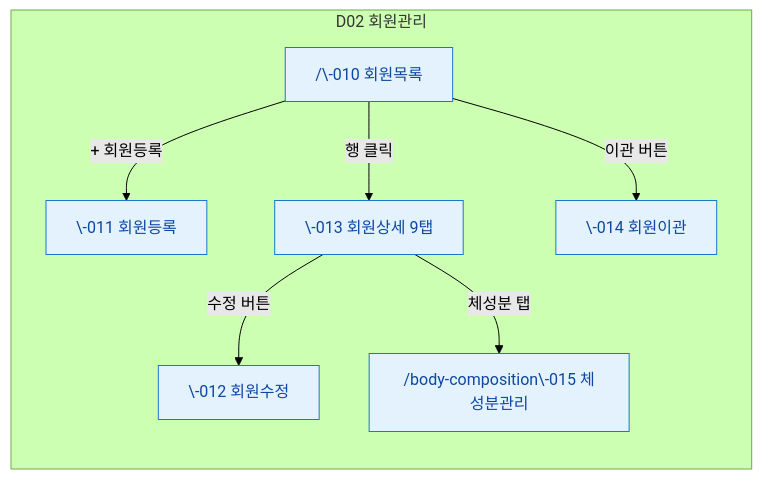
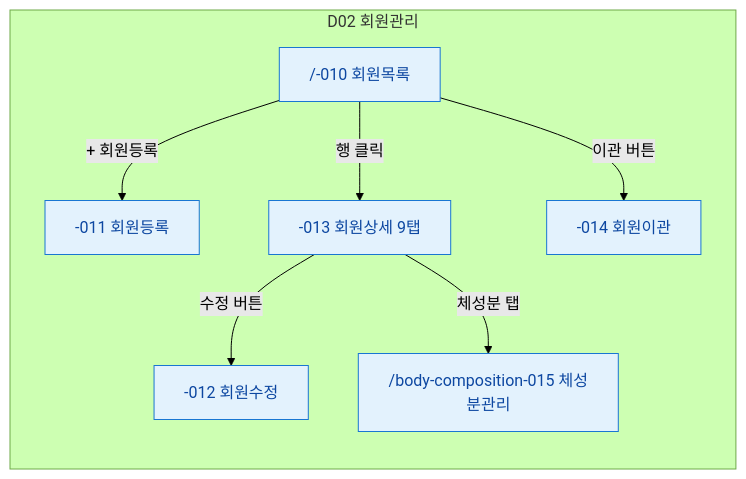
One commit to dev-spogym/admin-pando changed the third of 11 diagrams in docs/admin/다이어그램/00_사이트맵/N2_도메인별_사이트맵.md. Above: the diagram before and after it, drawn with Mermaid (forest theme). The commit also changed other lines of this file and 369 other files, not shown here.

````diff
--- a/docs/admin/다이어그램/00_사이트맵/N2_도메인별_사이트맵.md
+++ b/docs/admin/다이어그램/00_사이트맵/N2_도메인별_사이트맵.md
@@ -62,20 +62,20 @@
 ```mermaid
 flowchart LR
     subgraph D02["D02 회원관리"]
-        SCR010["/\-010 회원목록"]
-        SCR011["\-011 회원등록"]
-        SCR012["\-012 회원수정"]
-        SCR013["\-013 회원상세 9탭"]
-        SCR014["\-014 회원이관"]
-        SCR015["/body-composition\-015 체성분관리"]
+        SCR010["/-010 회원목록"]
+        SCR011["-011 회원등록"]
+        SCR012["-012 회원수정"]
+        SCR013["-013 회원상세 9탭"]
+        SCR014["-014 회원이관"]
+        SCR015["/body-composition-015 체성분관리"]
     end
 
     SCR010 -->|"+ 회원등록"|SCR011
     SCR010 -->|"행 클릭"|SCR013
     SCR013 -->|"수정 버튼"|SCR012
     SCR010 -->|"이관 버튼"|SCR014
     SCR013 -->|"체성분 탭"|SCR015
 
     classDef screen fill:#E3F2FD,stroke:#1976D2,color:#0D47A1
     class SCR010,SCR011,SCR012,SCR013,SCR014,SCR015 screen
 ```
````
